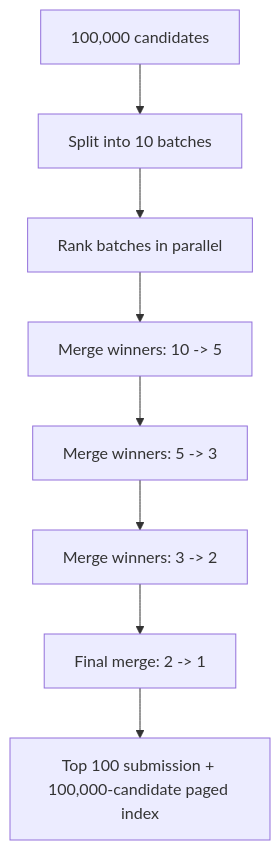
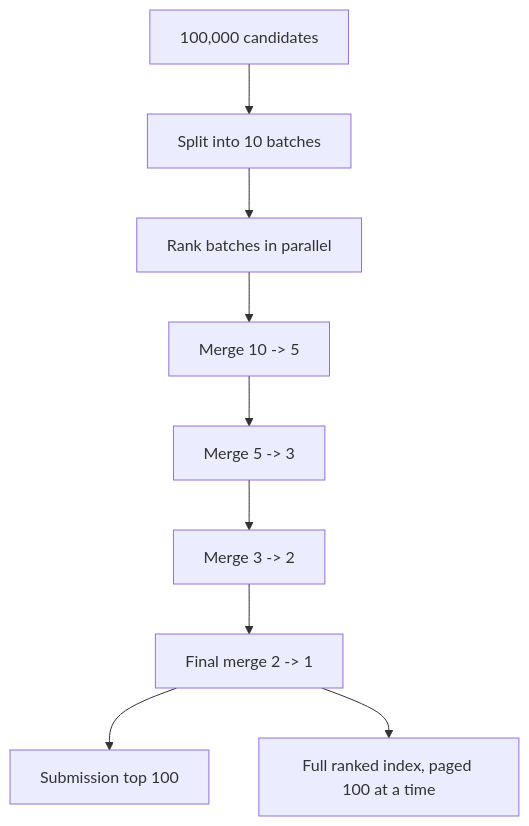
The second of 2 diagrams in README.md (shikhar1809/Sifter_Redrob_Hackathon), drawn with Mermaid before and after one commit. The commit also changed other lines of this file, not shown here.

````diff
--- a/README.md
+++ b/README.md
@@ -84,10 +95,11 @@
 ```mermaid
 flowchart TD
   A["100,000 candidates"] --> B["Split into 10 batches"]
   B --> C["Rank batches in parallel"]
-  C --> D["Merge winners: 10 -> 5"]
-  D --> E["Merge winners: 5 -> 3"]
-  E --> F["Merge winners: 3 -> 2"]
-  F --> G["Final merge: 2 -> 1"]
-  G --> H["Top 100 submission + 100,000-candidate paged index"]
+  C --> D["Merge 10 -> 5"]
+  D --> E["Merge 5 -> 3"]
+  E --> F["Merge 3 -> 2"]
+  F --> G["Final merge 2 -> 1"]
+  G --> H["Submission top 100"]
+  G --> I["Full ranked index, paged 100 at a time"]
 ```
````
